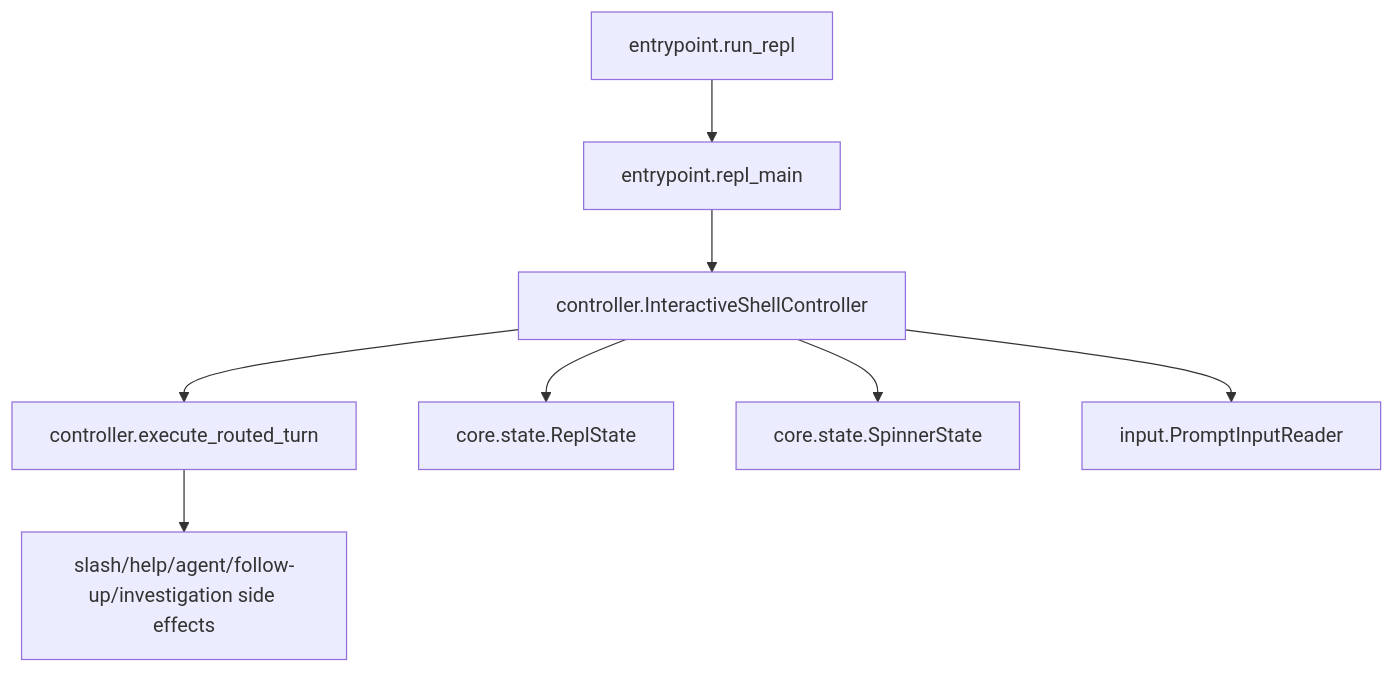
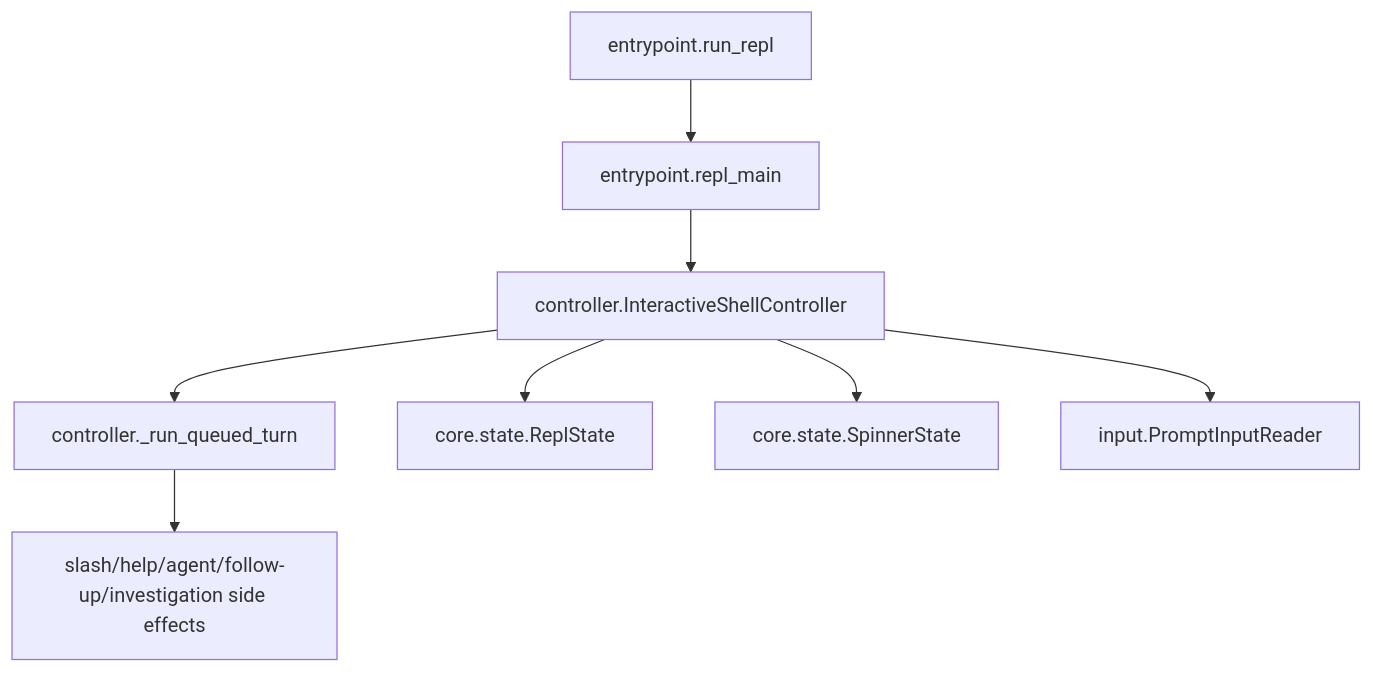
One commit to Tracer-Cloud/open-sre-agent changed the diagram in interactive_shell/runtime/AGENTS.md. Above: the diagram before and after it, drawn with Mermaid. The commit also changed other lines of this file and 123 other files, not shown here.

````diff
--- a/interactive_shell/runtime/AGENTS.md
+++ b/interactive_shell/runtime/AGENTS.md
@@ -82,10 +80,10 @@
 ```mermaid
 flowchart TD
   runRepl["entrypoint.run_repl"] --> replMain["entrypoint.repl_main"]
   replMain --> controller["controller.InteractiveShellController"]
-  controller --> executeTurn["controller.execute_routed_turn"]
+  controller --> executeTurn["controller._run_queued_turn"]
   executeTurn --> sideEffects["slash/help/agent/follow-up/investigation side effects"]
   controller --> replState["core.state.ReplState"]
   controller --> spinnerState["core.state.SpinnerState"]
   controller --> inputReader["input.PromptInputReader"]
 ```
````
